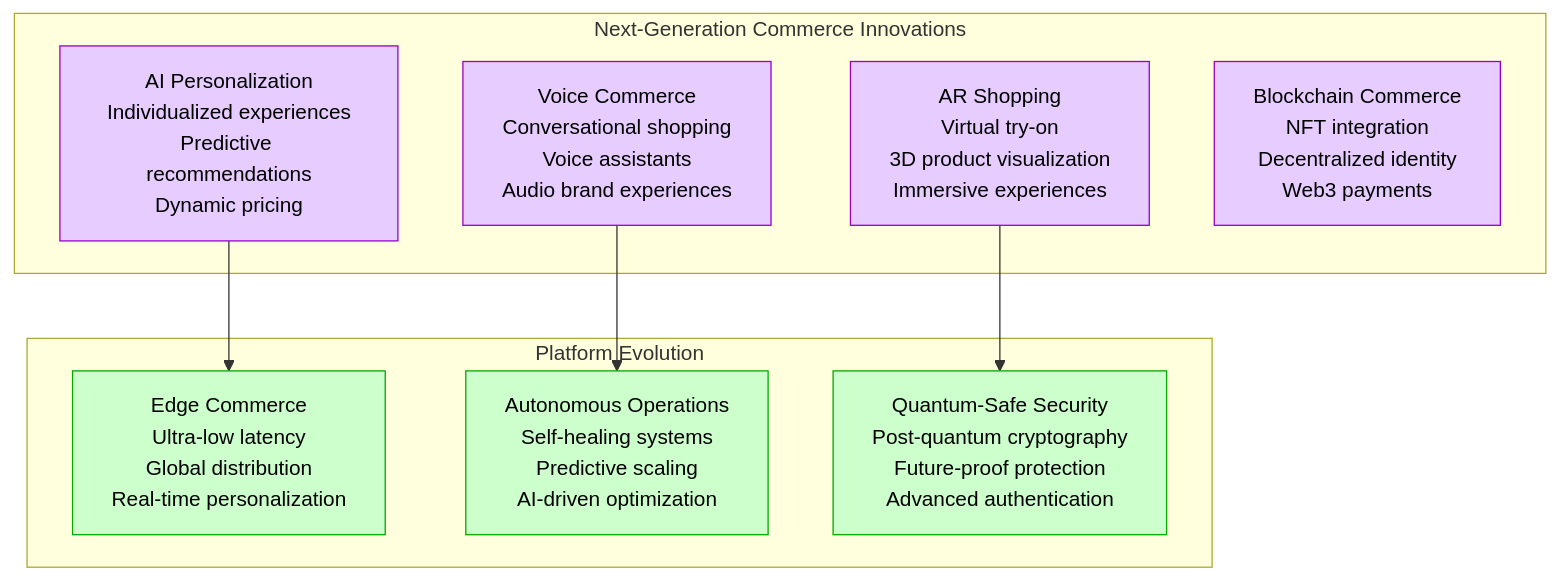
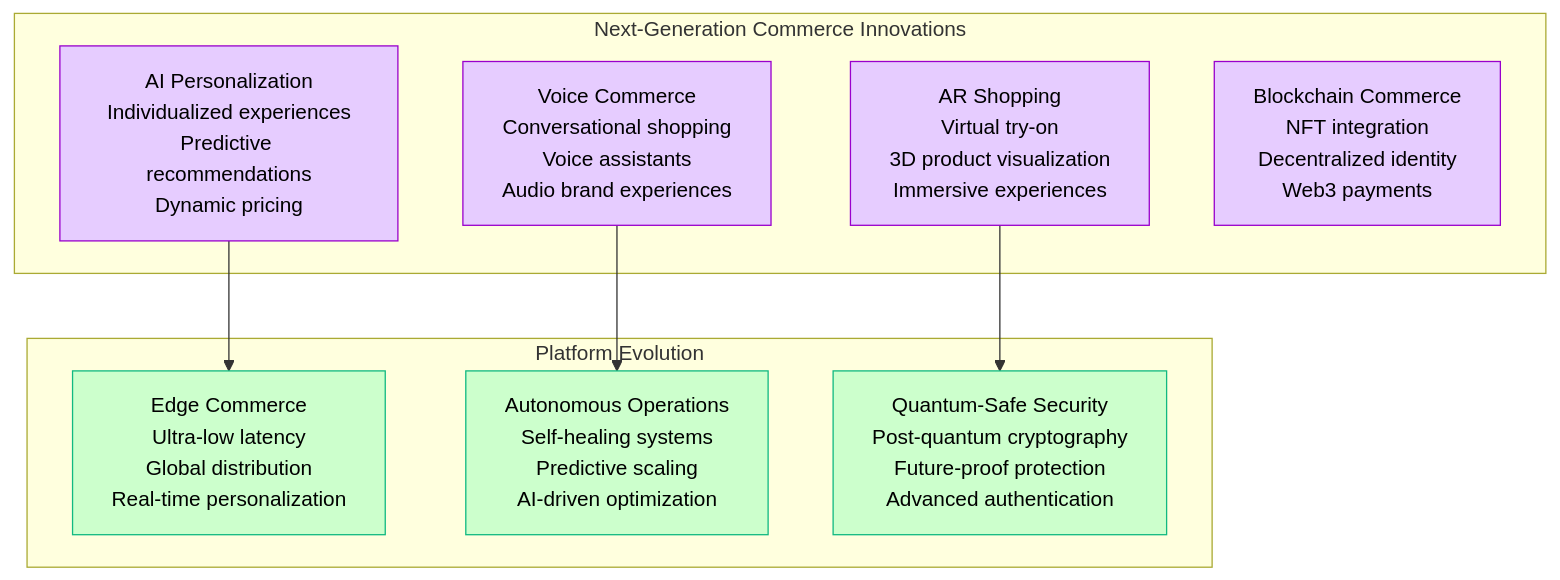
The ninth of 9 diagrams in site/docs/systems/shopify/novel-solutions.md (deepaucksharma/DS), drawn with Mermaid before and after one commit. The commit also changed other lines of this file and 303 other files, not shown here.

````diff
--- a/site/docs/systems/shopify/novel-solutions.md
+++ b/site/docs/systems/shopify/novel-solutions.md
@@ -496,31 +496,31 @@
 ```mermaid
 graph TB
     subgraph "Next-Generation Commerce Innovations"
         AI_PERSONALIZATION[AI Personalization<br/>Individualized experiences<br/>Predictive recommendations<br/>Dynamic pricing]
 
         VOICE_COMMERCE[Voice Commerce<br/>Conversational shopping<br/>Voice assistants<br/>Audio brand experiences]
 
         AR_SHOPPING[AR Shopping<br/>Virtual try-on<br/>3D product visualization<br/>Immersive experiences]
 
         BLOCKCHAIN_COMMERCE[Blockchain Commerce<br/>NFT integration<br/>Decentralized identity<br/>Web3 payments]
     end
 
     subgraph "Platform Evolution"
         EDGE_COMMERCE[Edge Commerce<br/>Ultra-low latency<br/>Global distribution<br/>Real-time personalization]
 
         AUTONOMOUS_OPERATIONS[Autonomous Operations<br/>Self-healing systems<br/>Predictive scaling<br/>AI-driven optimization]
 
         QUANTUM_SECURITY[Quantum-Safe Security<br/>Post-quantum cryptography<br/>Future-proof protection<br/>Advanced authentication]
     end
 
     AI_PERSONALIZATION --> EDGE_COMMERCE
     VOICE_COMMERCE --> AUTONOMOUS_OPERATIONS
     AR_SHOPPING --> QUANTUM_SECURITY
 
     %% Apply future colors
     classDef futureStyle fill:#E6CCFF,stroke:#9900CC,color:#000
-    classDef evolutionStyle fill:#CCFFCC,stroke:#00AA00,color:#000
+    classDef evolutionStyle fill:#CCFFCC,stroke:#10B981,color:#000
 
     class AI_PERSONALIZATION,VOICE_COMMERCE,AR_SHOPPING,BLOCKCHAIN_COMMERCE futureStyle
     class EDGE_COMMERCE,AUTONOMOUS_OPERATIONS,QUANTUM_SECURITY evolutionStyle
 ```
````
